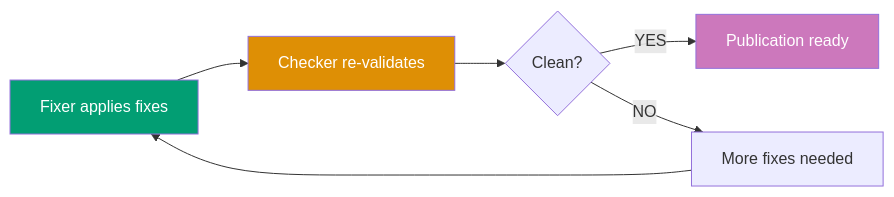
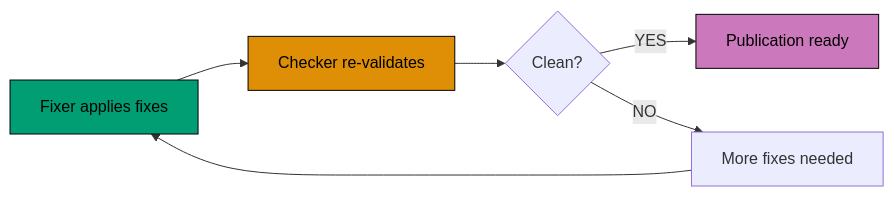
Before and after one commit to wahidyankf/ose-public: the diagram in repo-governance/workflows/ayokoding-web/ayokoding-web-swe-by-example-quality-gate/005-iteration-control-and-finalization.md, drawn with Mermaid. The commit also changed 90 other files, not shown here.

First line of the commit message:
docs(governance): make repo-governance diagrams accessible

````diff
--- a/repo-governance/workflows/ayokoding-web/ayokoding-web-swe-by-example-quality-gate/005-iteration-control-and-finalization.md
+++ b/repo-governance/workflows/ayokoding-web/ayokoding-web-swe-by-example-quality-gate/005-iteration-control-and-finalization.md
@@ -43,18 +43,23 @@
 ```mermaid
 graph LR
+    accTitle: 5. Iteration Control (Sequential)
+    accDescr: Fixer applies fixes leads to Checker re-validates; Checker re-validates leads to Clean?; Clean? leads to Publication ready via YES; Clean? leads to More fixes needed via NO; and 1 more links.
     A[Fixer applies fixes]
     B[Checker re-validates]
     C{Clean?}
     D[Publication ready]
     E[More fixes needed]
 
     A --> B
     B --> C
     C -->|YES| D
     C -->|NO| E
     E --> A
 
-    style A fill:#029E73,color:#fff
-    style B fill:#DE8F05,color:#fff
-    style D fill:#CC78BC,color:#fff
+    classDef teal fill:#029E73,stroke:#000000,color:#000000
+    classDef orange fill:#DE8F05,stroke:#000000,color:#000000
+    classDef purple fill:#CC78BC,stroke:#000000,color:#000000
+    class A teal
+    class B orange
+    class D purple
 ```
````
